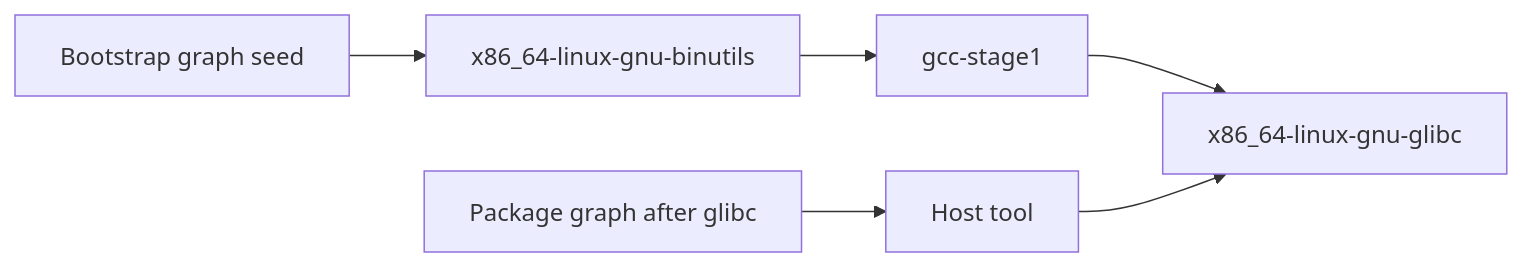
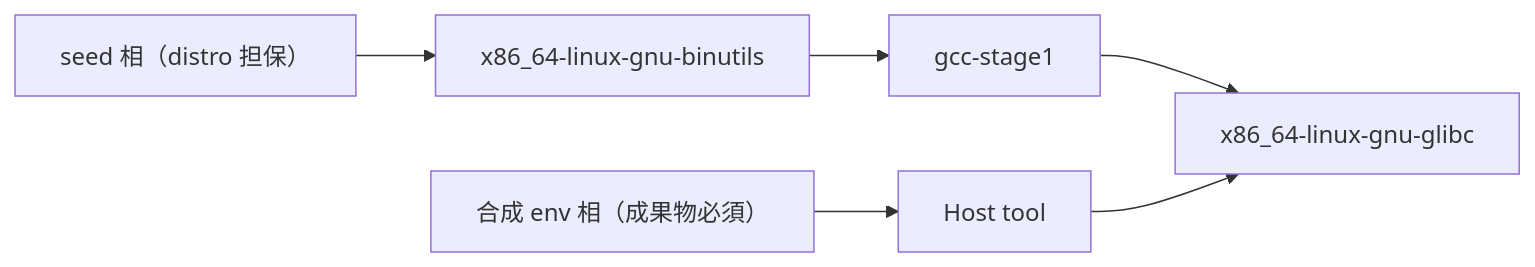
Before and after one commit to glatan/containers: the second of 4 diagrams in docs/package/build-flow.md, drawn with Mermaid. The commit also changed other lines of this file and 144 other files, not shown here.

````diff
--- a/docs/package/build-flow.md
+++ b/docs/package/build-flow.md
@@ -52,11 +52,11 @@
 ```mermaid
 flowchart LR
-  seedGraph["Bootstrap graph seed"]
-  pkgGraph["Package graph after glibc"]
+  seedGraph["seed 相（distro 担保）"]
+  pkgGraph["合成 env 相（成果物必須）"]
   binutils["x86_64-linux-gnu-binutils"]
   glibcPrefixed["x86_64-linux-gnu-glibc"]
   hostTool["Host tool"]
   seedGraph --> binutils
   binutils --> gccStage1["gcc-stage1"] --> glibcPrefixed
   pkgGraph --> hostTool --> glibcPrefixed
 ```
````
